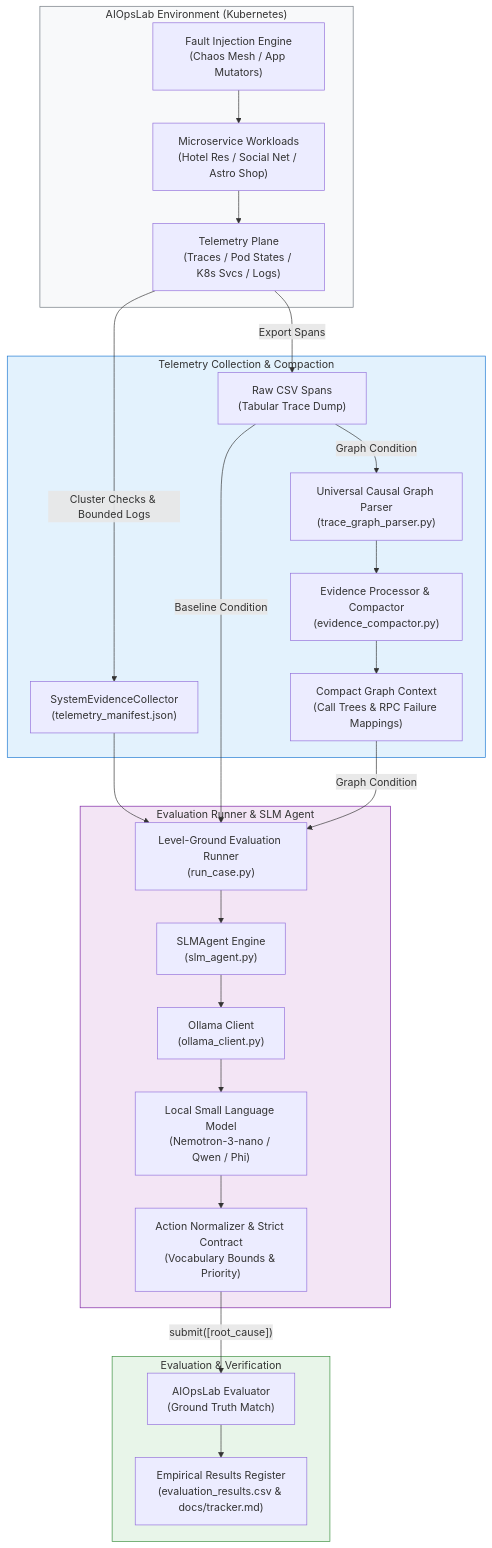
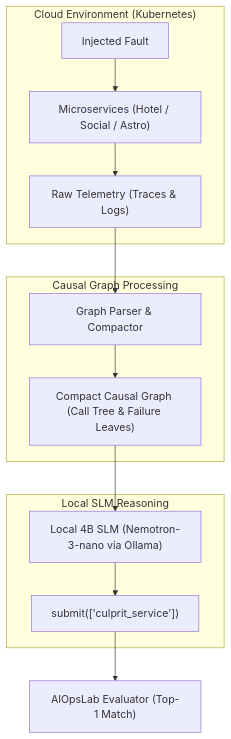
Before and after one commit to ajayanithaganesan/aiops-slm-for-cloud-rca-evaluation: the diagram in README.md, drawn with Mermaid. The commit also changed other lines of this file and 1 other file, not shown here.

Commit message:
docs: updating README with evaluation metrics and observations

````diff
--- a/README.md
+++ b/README.md
@@ -154,53 +16,19 @@
 ```mermaid
-graph TD
-    subgraph Testbed ["AIOpsLab Environment (Kubernetes)"]
-        FaultInject["Fault Injection Engine<br/>(Chaos Mesh / App Mutators)"]
-        Microservices["Microservice Workloads<br/>(Hotel Res / Social Net / Astro Shop)"]
-        TelemetrySources["Telemetry Plane<br/>(Traces / Pod States / K8s Svcs / Logs)"]
-        FaultInject --> Microservices
-        Microservices --> TelemetrySources
+flowchart TD
+    subgraph Env ["Cloud Environment (Kubernetes)"]
+        Fault["Injected Fault"] --> App["Microservices (Hotel / Social / Astro)"]
+        App --> Raw["Raw Telemetry (Traces & Logs)"]
     end
 
-    subgraph DataCollection ["Telemetry Collection & Compaction"]
-        Collector["SystemEvidenceCollector<br/>(telemetry_manifest.json)"]
-        RawSpans["Raw CSV Spans<br/>(Tabular Trace Dump)"]
-        Parser["Universal Causal Graph Parser<br/>(trace_graph_parser.py)"]
-        Processor["Evidence Processor & Compactor<br/>(evidence_compactor.py)"]
-        CompactGraph["Compact Graph Context<br/>(Call Trees & RPC Failure Mappings)"]
-
-        TelemetrySources -->|"Cluster Checks & Bounded Logs"| Collector
-        TelemetrySources -->|"Export Spans"| RawSpans
-        RawSpans -->|"Graph Condition"| Parser
-        Parser --> Processor
-        Processor --> CompactGraph
+    subgraph Pipeline ["Causal Graph Processing"]
+        Raw --> Parser["Graph Parser & Compactor"]
+        Parser --> DAG["Compact Causal Graph (Call Tree & Failure Leaves)"]
     end
 
-    subgraph EvaluationHarness ["Evaluation Runner & SLM Agent"]
-        Runner["Level-Ground Evaluation Runner<br/>(run_case.py)"]
-        Agent["SLMAgent Engine<br/>(slm_agent.py)"]
-        OllamaClient["Ollama Client<br/>(ollama_client.py)"]
-        LocalSLM["Local Small Language Model<br/>(Nemotron-3-nano / Qwen / Phi)"]
-        Normalizer["Action Normalizer & Strict Contract<br/>(Vocabulary Bounds & Priority)"]
-
-        Collector --> Runner
-        RawSpans -->|"Baseline Condition"| Runner
-        CompactGraph -->|"Graph Condition"| Runner
-        Runner --> Agent
-        Agent --> OllamaClient
-        OllamaClient --> LocalSLM
-        LocalSLM --> Normalizer
+    subgraph Decision ["Local SLM Reasoning"]
+        DAG --> SLM["Local 4B SLM (Nemotron-3-nano via Ollama)"]
+        SLM --> Action["submit(['culprit_service'])"]
     end
 
-    subgraph EvaluationMetrics ["Evaluation & Verification"]
-        AIOpsEvaluator["AIOpsLab Evaluator<br/>(Ground Truth Match)"]
-        ResultsDataset["Empirical Results Register<br/>(evaluation_results.csv & docs/tracker.md)"]
-
-        Normalizer -->|"submit([root_cause])"| AIOpsEvaluator
-        AIOpsEvaluator --> ResultsDataset
-    end
-
-    style Testbed fill:#f8f9fa,stroke:#6c757d,stroke-width:1px
-    style DataCollection fill:#e3f2fd,stroke:#1976d2,stroke-width:1px
-    style EvaluationHarness fill:#f3e5f5,stroke:#7b1fa2,stroke-width:1px
-    style EvaluationMetrics fill:#e8f5e9,stroke:#388e3c,stroke-width:1px
+    Action --> Eval["AIOpsLab Evaluator (Top-1 Match)"]
 ```
````
